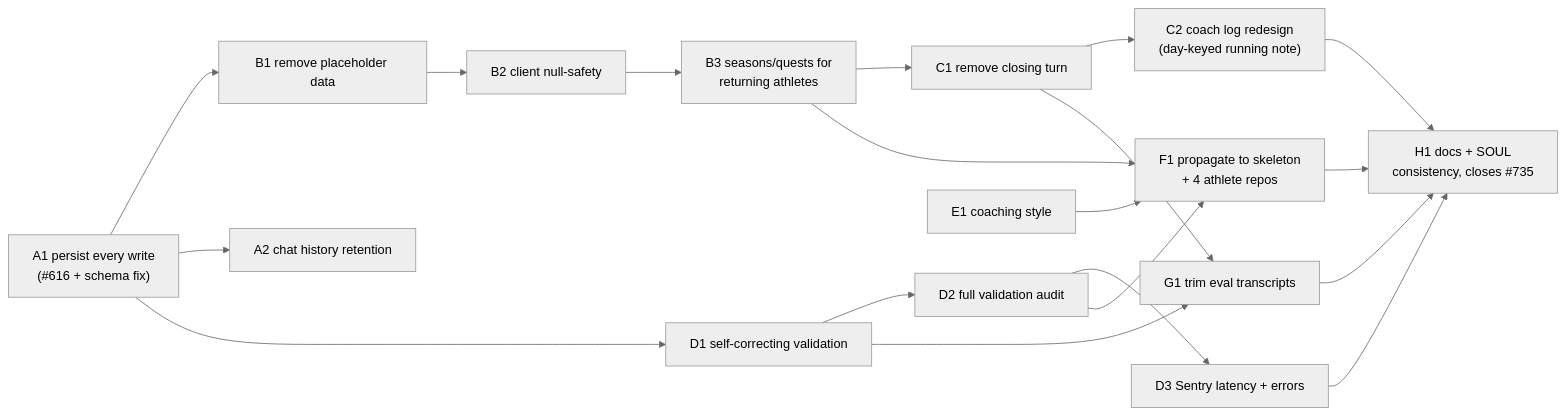
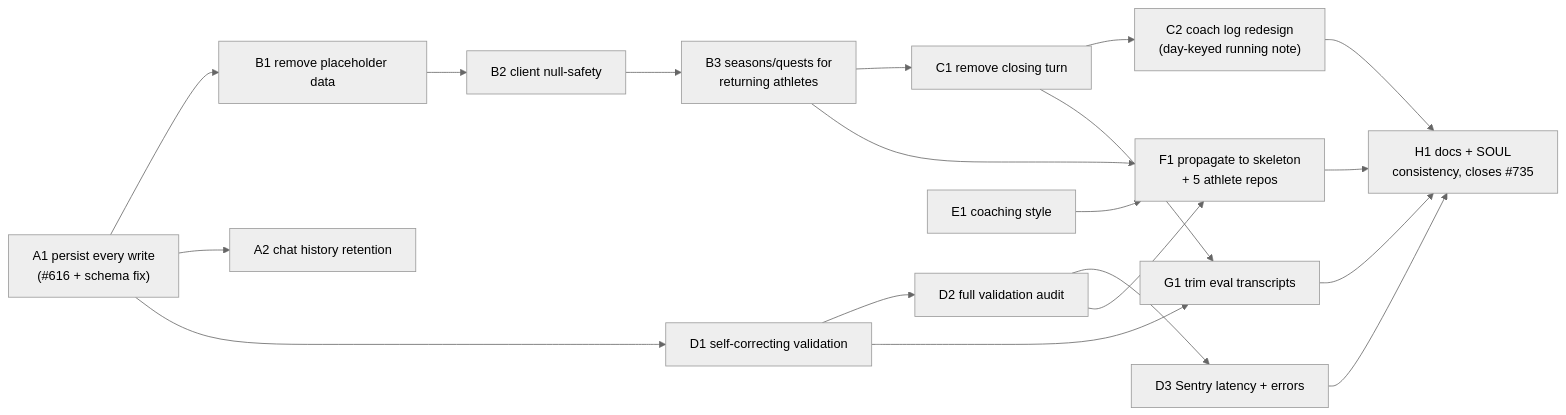
Before and after one commit to sibling-shipyard/coach-hq: the diagram in docs/plans/chat-commit-redesign.md, drawn with Mermaid (neutral theme). The commit also changed other lines of this file and 1 other file, not shown here.

First line of the commit message:
docs: F1 covers 5th athlete + backfills real values instead of blanks

````diff
--- a/docs/plans/chat-commit-redesign.md
+++ b/docs/plans/chat-commit-redesign.md
@@ -36,21 +36,21 @@
 ```mermaid
 flowchart LR
   A1["A1 persist every write\n(#616 + schema fix)"] --> B1["B1 remove placeholder data"]
   A1 --> A2["A2 chat history retention"]
   B1 --> B2["B2 client null-safety"]
   B2 --> B3["B3 seasons/quests for\nreturning athletes"]
   B3 --> C1["C1 remove closing turn"]
   C1 --> C2["C2 coach log redesign\n(day-keyed running note)"]
   A1 --> D1["D1 self-correcting validation"]
   D1 --> D2["D2 full validation audit"]
   D2 --> D3["D3 Sentry latency + errors"]
   E1["E1 coaching style"] --> F1
-  B3 --> F1["F1 propagate to skeleton\n+ 4 athlete repos"]
+  B3 --> F1["F1 propagate to skeleton\n+ 5 athlete repos"]
   D2 --> F1
   C1 --> G1["G1 trim eval transcripts"]
   D1 --> G1
   C2 --> H1["H1 docs + SOUL\nconsistency, closes #735"]
   D3 --> H1
   F1 --> H1
   G1 --> H1
 ```
````
